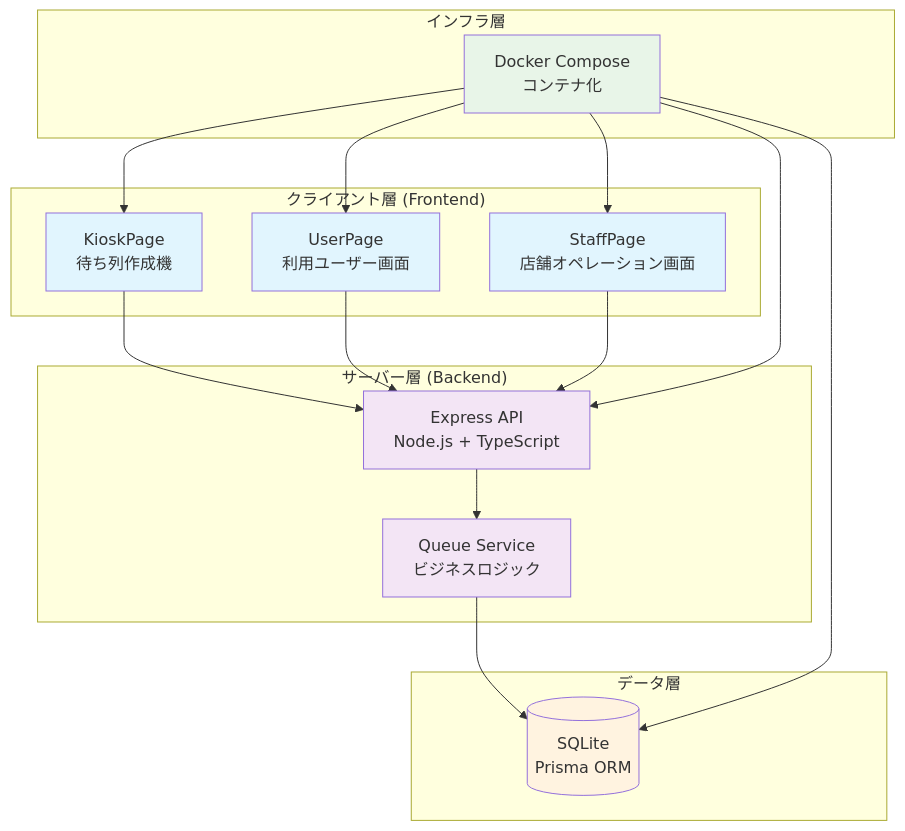
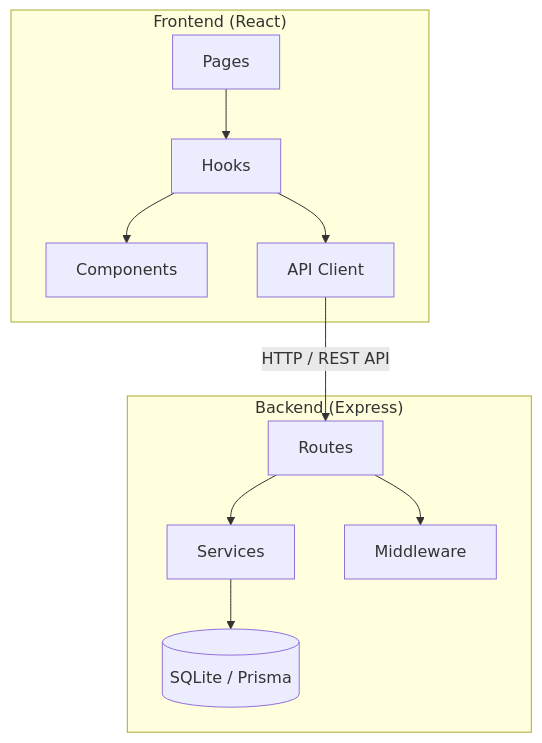
One commit to sensen963/waitlist_handler changed the diagram in SYSTEM_OVERVIEW.md. Above: the diagram before and after it, drawn with Mermaid. The commit also changed other lines of this file, not shown here.

Commit message:
Update SYSTEM_OVERVIEW.md to reflect refactored architecture (layered backend, custom hooks, mirrored test structure)

````diff
--- a/SYSTEM_OVERVIEW.md
+++ b/SYSTEM_OVERVIEW.md
@@ -258,42 +71,16 @@
 ```mermaid
-flowchart TD
-    subgraph "クライアント層 (Frontend)"
-        K[KioskPage<br/>待ち列作成機]
-        U[UserPage<br/>利用ユーザー画面]
-        S[StaffPage<br/>店舗オペレーション画面]
+graph TD
+    subgraph "Frontend (React)"
+        P[Pages] --> H[Hooks]
+        H --> C[Components]
+        H --> A[API Client]
     end
 
-    subgraph "サーバー層 (Backend)"
-        API[Express API<br/>Node.js + TypeScript]
-        QS[Queue Service<br/>ビジネスロジック]
+    subgraph "Backend (Express)"
+        R[Routes] --> S[Services]
+        R --> M[Middleware]
+        S --> DB[(SQLite / Prisma)]
     end
 
-    subgraph "データ層"
-        DB[(SQLite<br/>Prisma ORM)]
-    end
-
-    subgraph "インフラ層"
-        D[Docker Compose<br/>コンテナ化]
-    end
-
-    K --> API
-    U --> API
-    S --> API
-    API --> QS
-    QS --> DB
-    D --> K
-    D --> U
-    D --> S
-    D --> API
-    D --> DB
-
-    classDef frontend fill:#e1f5fe
-    classDef backend fill:#f3e5f5
-    classDef data fill:#fff3e0
-    classDef infra fill:#e8f5e8
-
-    class K,U,S frontend
-    class API,QS backend
-    class DB data
-    class D infra
+    A -- "HTTP / REST API" --> R
 ```
````
